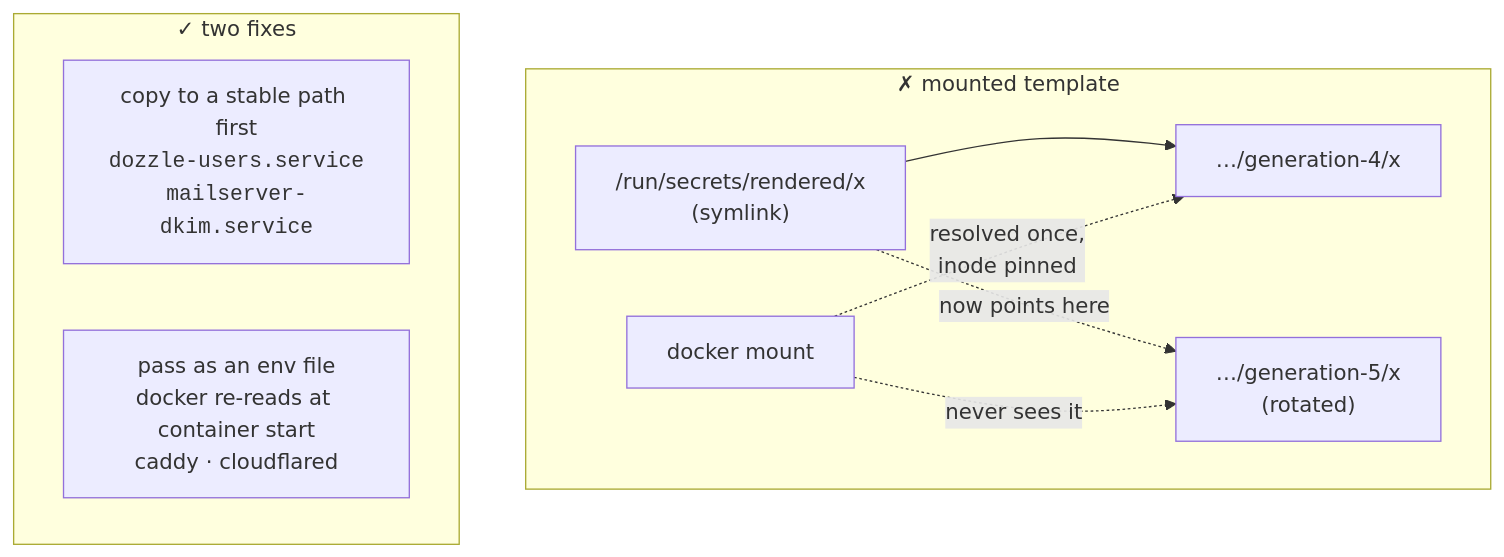
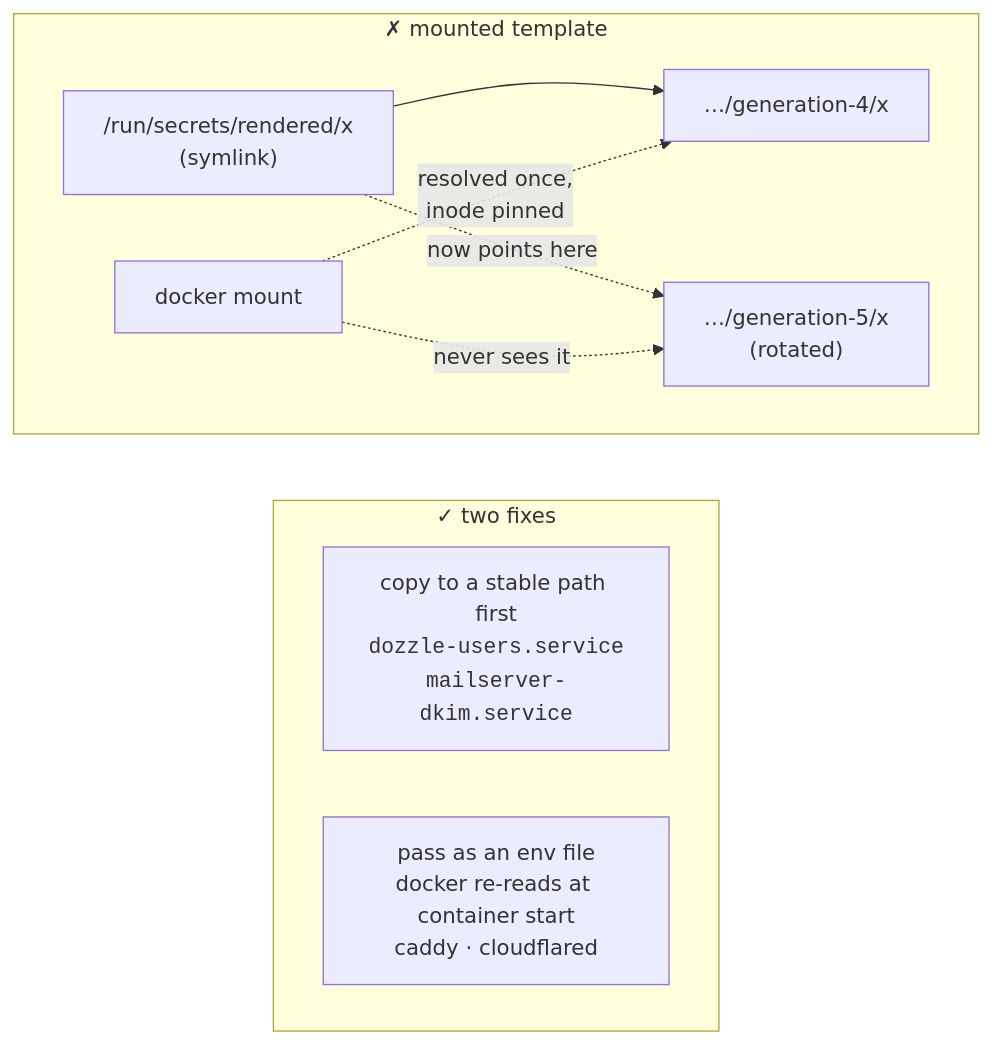
One commit to 1Git2Clone/vps changed the diagram in docs/src/architecture/secrets.md. Above: the diagram before and after it, drawn with Mermaid. The commit also changed 8 other files, not shown here.

````diff
--- a/docs/src/architecture/secrets.md
+++ b/docs/src/architecture/secrets.md
@@ -32,15 +32,17 @@
 ```mermaid
 flowchart TB
     subgraph broken["✗ mounted template"]
         t1["/run/secrets/rendered/x<br/>(symlink)"] --> g1["…/generation-4/x"]
         d1["docker mount"] -. "resolved once,<br/>inode pinned" .-> g1
         g2["…/generation-5/x<br/>(rotated)"]
         t1 -. "now points here" .-> g2
         d1 -.->|"never sees it"| g2
     end
 
+    broken ~~~ ok
+
     subgraph ok["✓ two fixes"]
         f1["copy to a stable path first<br/><code>dozzle-users.service</code><br/><code>mailserver-dkim.service</code>"]
         f2["pass as an env file<br/>docker re-reads at container start<br/>caddy · cloudflared"]
     end
 ```
````
